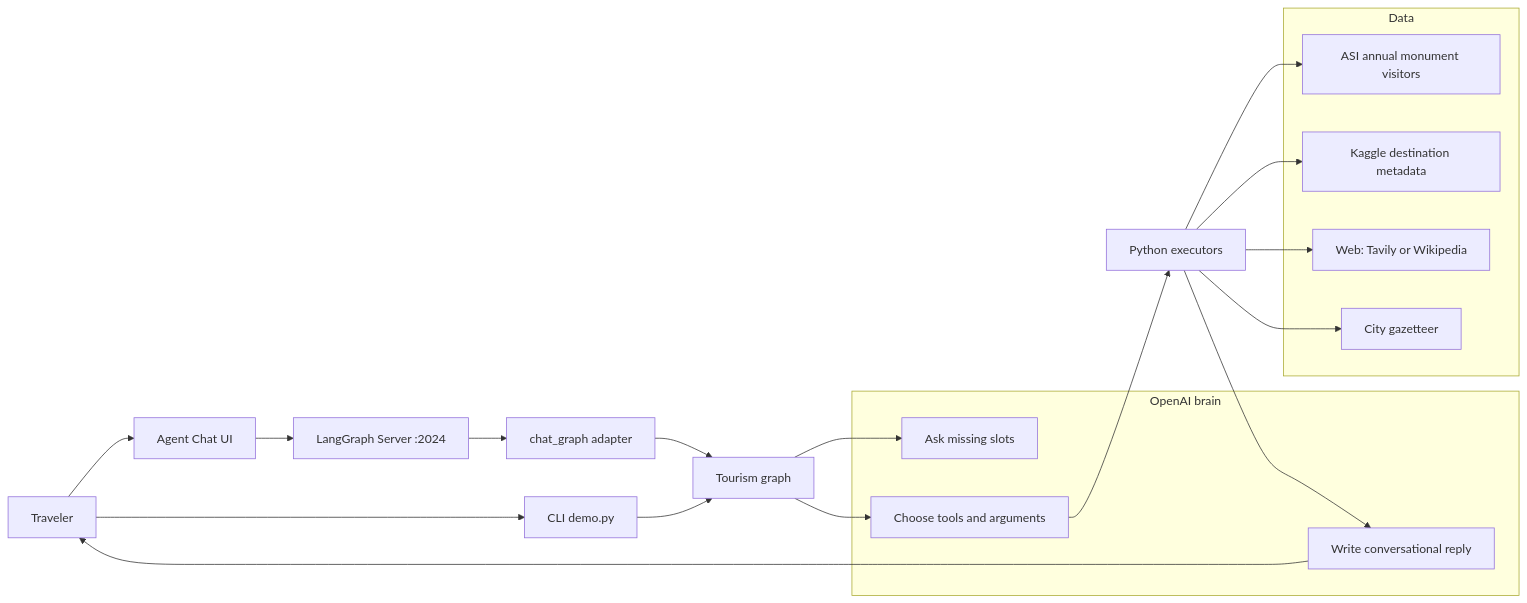
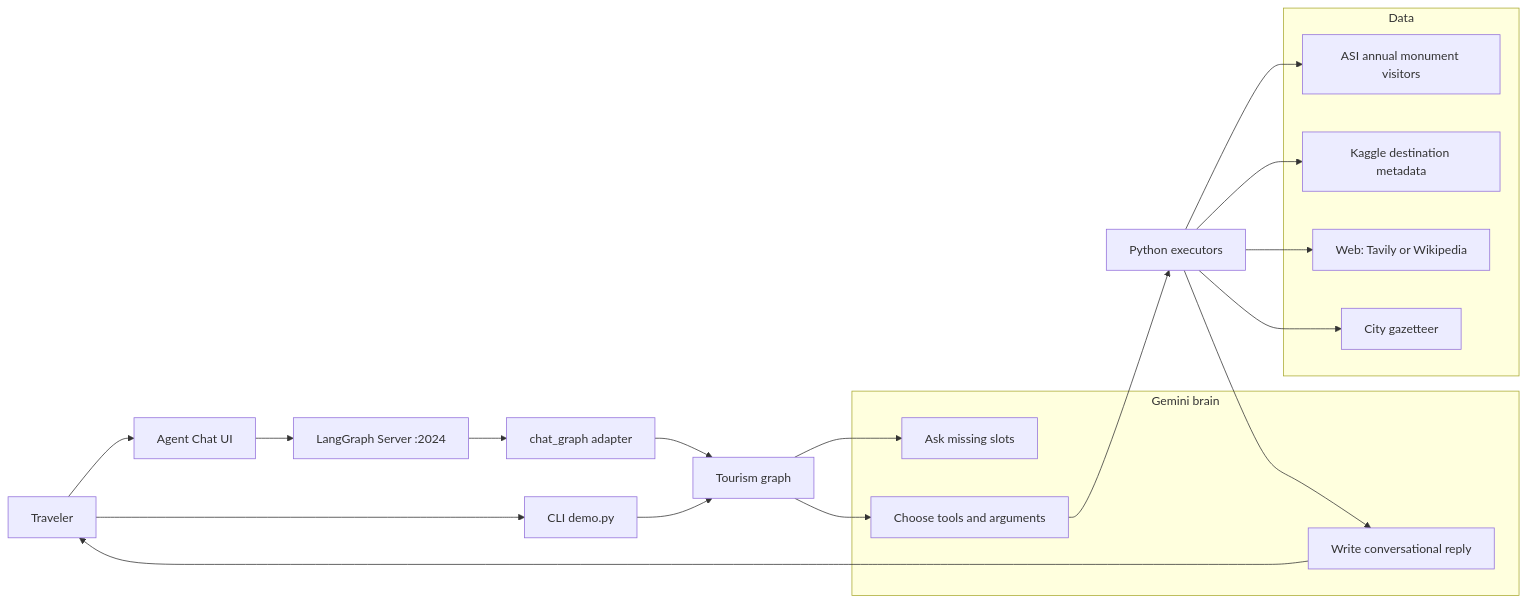
Before and after one commit to Prathmesh3373/PiedPiper: the first of 4 diagrams in README.md, drawn with Mermaid. The commit also changed other lines of this file and 20 other files, not shown here.

````diff
--- a/README.md
+++ b/README.md
@@ -31,29 +31,29 @@
 ```mermaid
 flowchart LR
   T[Traveler] --> UI[Agent Chat UI]
   T --> CLI[CLI demo.py]
   UI --> S[LangGraph Server :2024]
   CLI --> G[Tourism graph]
   S --> CG[chat_graph adapter]
   CG --> G
-  subgraph Brain["OpenAI brain"]
+  subgraph Brain["Gemini brain"]
     ASK[Ask missing slots]
     TOOLS[Choose tools and arguments]
     WRITE[Write conversational reply]
   end
   G --> ASK
   G --> TOOLS
   TOOLS --> PY[Python executors]
   subgraph Data["Data"]
     ASI[ASI annual monument visitors]
     KAG[Kaggle destination metadata]
     WEB[Web: Tavily or Wikipedia]
     GEO[City gazetteer]
   end
   PY --> ASI
   PY --> KAG
   PY --> WEB
   PY --> GEO
   PY --> WRITE
   WRITE --> T
 ```
````
